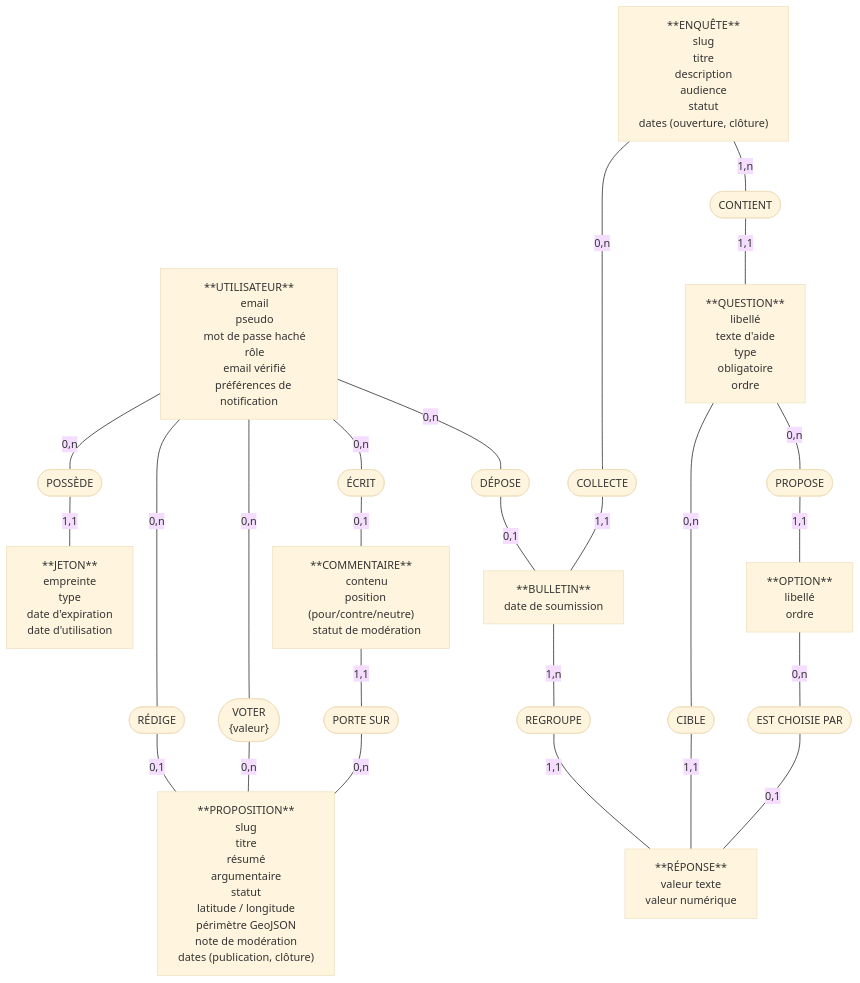
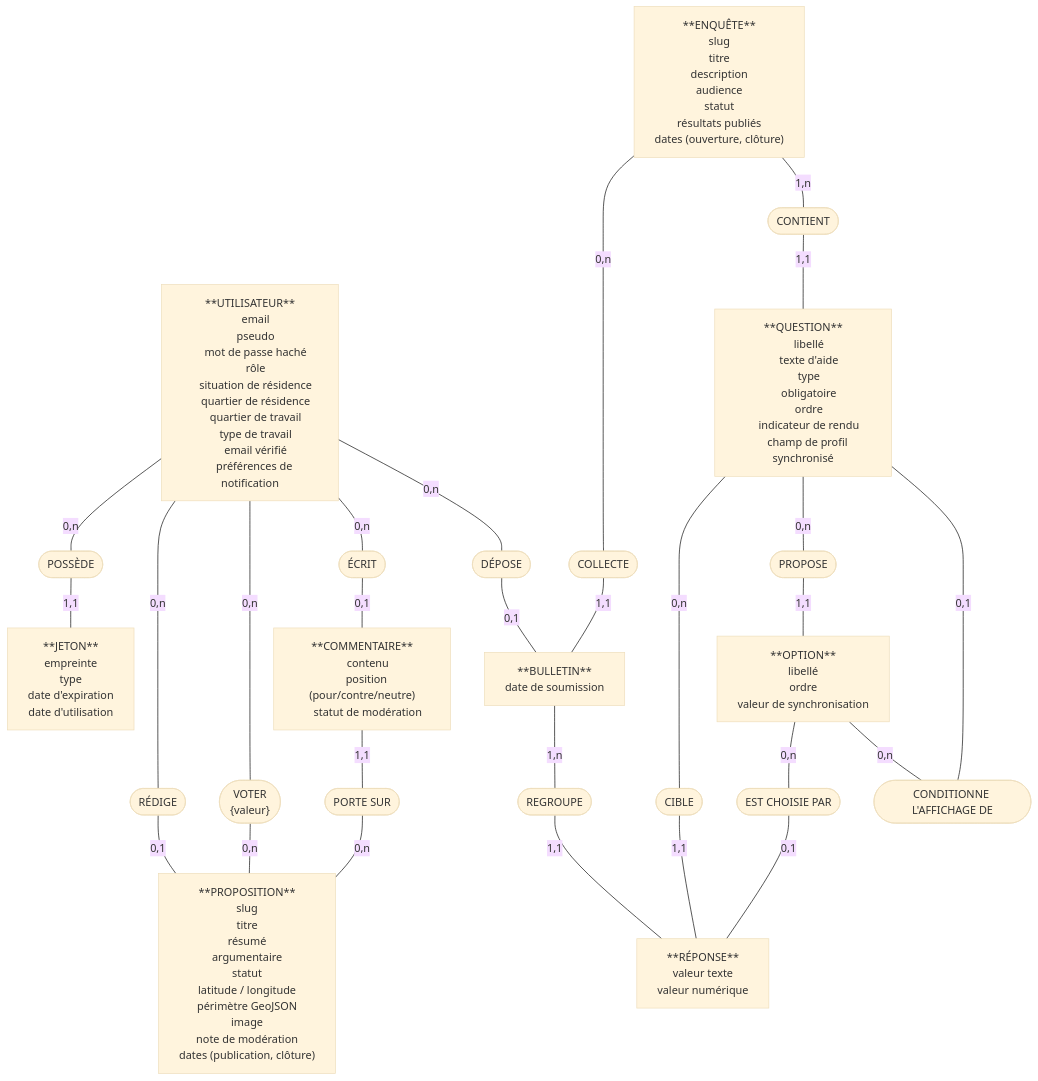
One commit to Nathalie-Leduc/Senlis-Participatif-docs changed the diagram in 08-merise-mcd-mld-mpd.md. Above: the diagram before and after it, drawn with Mermaid (base theme). The commit also changed other lines of this file and 28 other files, not shown here.

````diff
--- a/08-merise-mcd-mld-mpd.md
+++ b/08-merise-mcd-mld-mpd.md
@@ -15,6 +15,10 @@
     pseudo
     mot de passe haché
     rôle
+    situation de résidence
+    quartier de résidence
+    quartier de travail
+    type de travail
     email vérifié
     préférences de notification"]
 
@@ -32,6 +36,7 @@
     statut
     latitude / longitude
     périmètre GeoJSON
+    image
     note de modération
     dates (publication, clôture)"]
 
@@ -46,6 +51,7 @@
     description
     audience
     statut
+    résultats publiés
     dates (ouverture, clôture)"]
 
     QUESTION["**QUESTION**
@@ -53,11 +59,14 @@
     texte d'aide
     type
     obligatoire
-    ordre"]
+    ordre
+    indicateur de rendu
+    champ de profil synchronisé"]
 
     OPTION["**OPTION**
     libellé
-    ordre"]
+    ordre
+    valeur de synchronisation"]
 
     BULLETIN["**BULLETIN**
     date de soumission"]
@@ -79,6 +88,7 @@
     aREGROUPE(["REGROUPE"])
     aCIBLE(["CIBLE"])
     aCHOISIT(["EST CHOISIE PAR"])
+    aCONDITIONNE(["CONDITIONNE L'AFFICHAGE DE"])
 
     UTILISATEUR ---|"0,n"| aPOSSEDE ---|"1,1"| JETON
     UTILISATEUR ---|"0,n"| aREDIGE ---|"0,1"| PROPOSITION
@@ -92,4 +102,5 @@
     BULLETIN ---|"1,n"| aREGROUPE ---|"1,1"| REPONSE
     QUESTION ---|"0,n"| aCIBLE ---|"1,1"| REPONSE
     OPTION ---|"0,n"| aCHOISIT ---|"0,1"| REPONSE
+    OPTION ---|"0,n"| aCONDITIONNE ---|"0,1"| QUESTION
 ```
````
